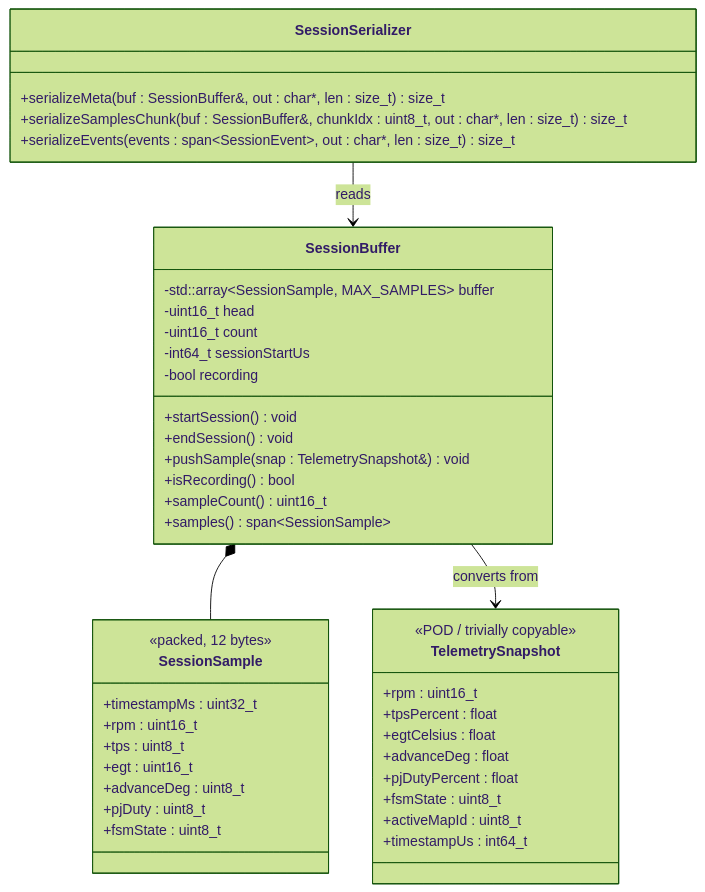
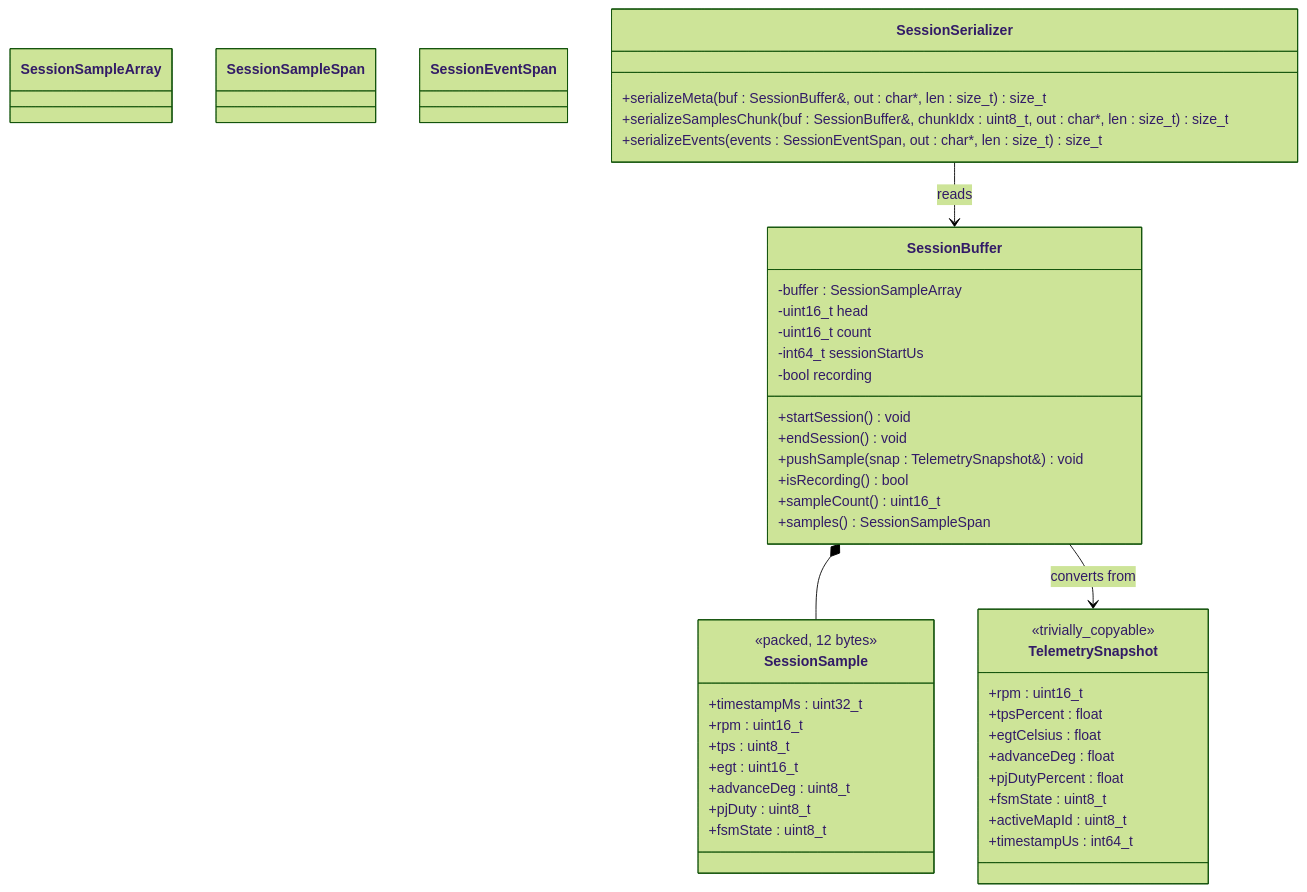
Before and after one commit to D3stan/ecu-dev-board: the fourth of 6 diagrams in idf/docs/architecture.md, drawn with Mermaid (forest theme). The commit also changed other lines of this file, not shown here.

Commit message:
docs: fix 6 class diagrams (C++ ~ types->aliases e.g. BreakpointArray, span~->Span, <<POD / trivially...>> -> <<trivially_copyable>>, remove $ on handlers), convert 5 callouts, fix top file:/// links in architecture.md

````diff
--- a/idf/docs/architecture.md
+++ b/idf/docs/architecture.md
@@ -275,51 +280,56 @@
 ```mermaid
 classDiagram
     direction TB
 
+    %% Diagram-only C++ type aliases (portable rendering)
+    class SessionSampleArray
+    class SessionSampleSpan
+    class SessionEventSpan
+
     class TelemetrySnapshot {
-        <<POD / trivially copyable>>
+        <<trivially_copyable>>
         +rpm : uint16_t
         +tpsPercent : float
         +egtCelsius : float
         +advanceDeg : float
         +pjDutyPercent : float
         +fsmState : uint8_t
         +activeMapId : uint8_t
         +timestampUs : int64_t
     }
 
     class SessionSample {
         <<packed, 12 bytes>>
         +timestampMs : uint32_t
         +rpm : uint16_t
         +tps : uint8_t
         +egt : uint16_t
         +advanceDeg : uint8_t
         +pjDuty : uint8_t
         +fsmState : uint8_t
     }
 
     class SessionBuffer {
-        -std::array~SessionSample, MAX_SAMPLES~ buffer
+        -buffer : SessionSampleArray
         -uint16_t head
         -uint16_t count
         -int64_t sessionStartUs
         -bool recording
         +startSession() void
         +endSession() void
         +pushSample(snap : TelemetrySnapshot&) void
         +isRecording() bool
         +sampleCount() uint16_t
-        +samples() span~SessionSample~
+        +samples() SessionSampleSpan
     }
 
     class SessionSerializer {
         +serializeMeta(buf : SessionBuffer&, out : char*, len : size_t) size_t
         +serializeSamplesChunk(buf : SessionBuffer&, chunkIdx : uint8_t, out : char*, len : size_t) size_t
-        +serializeEvents(events : span~SessionEvent~, out : char*, len : size_t) size_t
+        +serializeEvents(events : SessionEventSpan, out : char*, len : size_t) size_t
     }
 
     SessionBuffer *-- SessionSample
     SessionBuffer --> TelemetrySnapshot : converts from
     SessionSerializer --> SessionBuffer : reads
 ```
````
